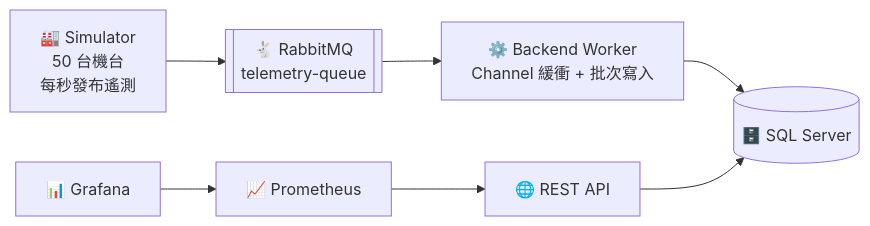
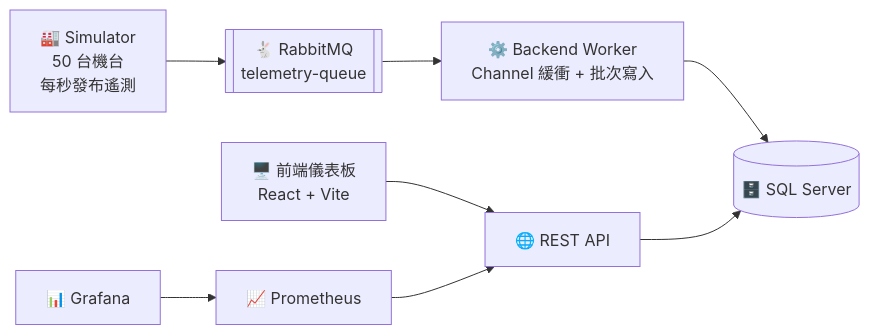
One commit to Jeffrey-Pai/Factory-IoT-Ingestion-System changed the diagram in README.md. Above: the diagram before and after it, drawn with Mermaid. The commit also changed other lines of this file and 52 other files, not shown here.

First line of the commit message:
Add React + Vite real-time monitoring dashboard frontend

````diff
--- a/README.md
+++ b/README.md
@@ -15,9 +16,10 @@
 ```mermaid
 flowchart LR
     SIM["🏭 Simulator<br/>50 台機台<br/>每秒發布遙測"] --> MQ[["🐇 RabbitMQ<br/>telemetry-queue"]]
     MQ --> W["⚙️ Backend Worker<br/>Channel 緩衝 + 批次寫入"]
     W --> DB[("🗄️ SQL Server")]
     API["🌐 REST API"] --> DB
+    DASH["🖥️ 前端儀表板<br/>React + Vite"] --> API
     PROM["📈 Prometheus"] --> API
     GRAF["📊 Grafana"] --> PROM
 ```
````
